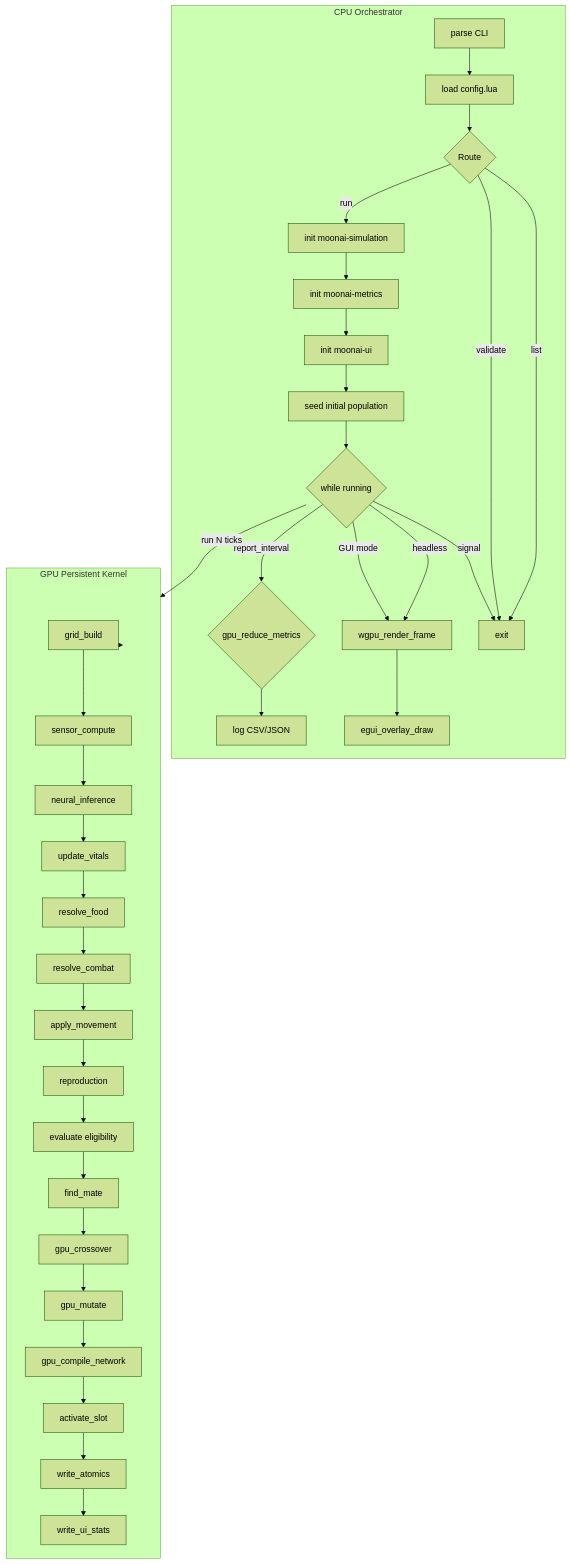
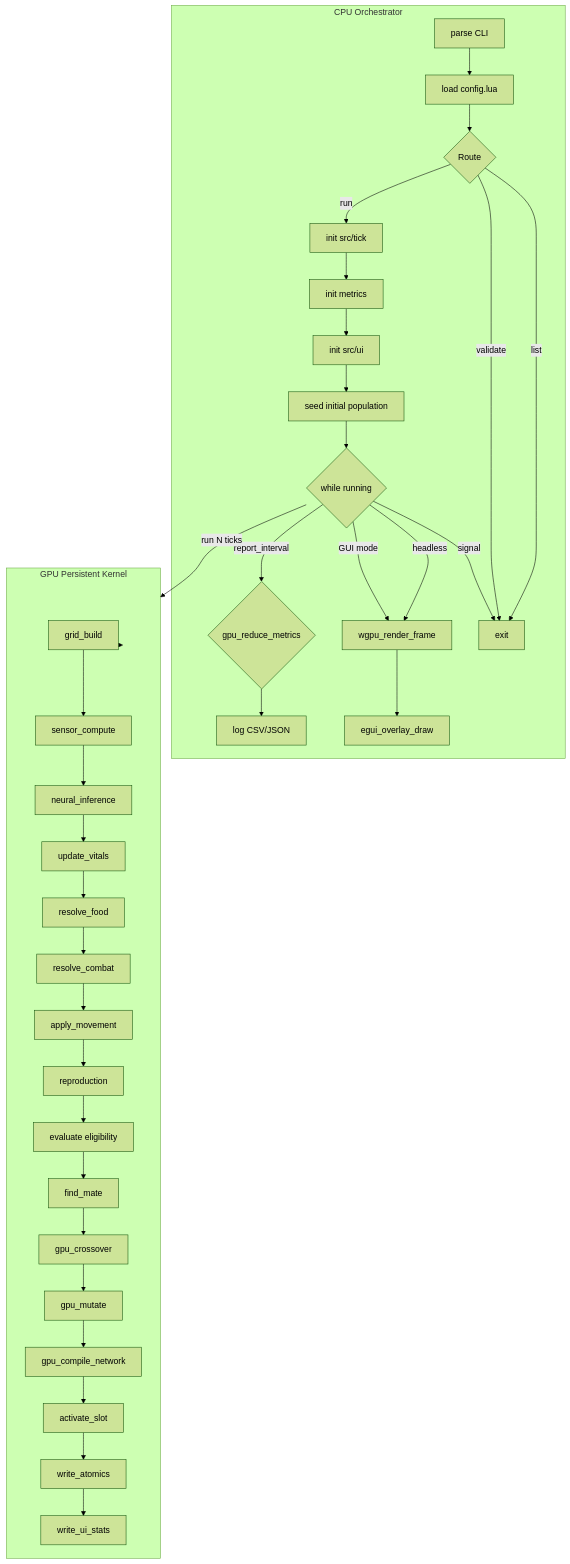
The second of 4 diagrams in docs/internals/roadmap.md (moon-aii/moonai), drawn with Mermaid (forest theme) before and after one commit. The commit also changed other lines of this file and 81 other files, not shown here.

````diff
--- a/docs/internals/roadmap.md
+++ b/docs/internals/roadmap.md
@@ -44,52 +48,52 @@
 ```mermaid
 flowchart TD
     subgraph CPU["CPU Orchestrator"]
         CLI[parse CLI]
         LUA[load config.lua]
         ROUTE{Route}
-        INIT_SIM[init moonai-simulation]
-        INIT_LOG[init moonai-metrics]
-        INIT_UI[init moonai-ui]
+        INIT_SIM[init src/tick]
+        INIT_LOG[init metrics]
+        INIT_UI[init src/ui]
         SEED[seed initial population]
         TICK_LOOP{while running}
         REDUCE{gpu_reduce_metrics}
         LOG[log CSV/JSON]
         RENDER[wgpu_render_frame]
         UI[egui_overlay_draw]
         EXIT[exit]
     end
 
     subgraph GPU["GPU Persistent Kernel"]
         GRID[grid_build]
         SENSOR[sensor_compute]
         INFERENCE[neural_inference]
         VITALS[update_vitals]
         FOOD[resolve_food]
         COMBAT[resolve_combat]
         MOVE[apply_movement]
         REPRO[reproduction]
         EVAL[evaluate eligibility]
         FIND[find_mate]
         CROSS[gpu_crossover]
         MUT[gpu_mutate]
         COMPILE[gpu_compile_network]
         ACTIVATE[activate_slot]
         ATOMICS[write_atomics]
         UISTATS[write_ui_stats]
     end
 
     CLI --> LUA --> ROUTE
     ROUTE -->|list| EXIT
     ROUTE -->|validate| EXIT
     ROUTE -->|run| INIT_SIM
     INIT_SIM --> INIT_LOG --> INIT_UI --> SEED --> TICK_LOOP
     TICK_LOOP -->|run N ticks| GPU
     GPU --> GRID --> SENSOR --> INFERENCE --> VITALS --> FOOD --> COMBAT --> MOVE
     MOVE --> REPRO
     REPRO --> EVAL --> FIND --> CROSS --> MUT --> COMPILE --> ACTIVATE
     ACTIVATE --> ATOMICS --> UISTATS
     TICK_LOOP -->|report_interval| REDUCE --> LOG
     TICK_LOOP -->|headless| RENDER
     TICK_LOOP -->|GUI mode| RENDER --> UI
     TICK_LOOP -->|signal| EXIT
 ```
````
